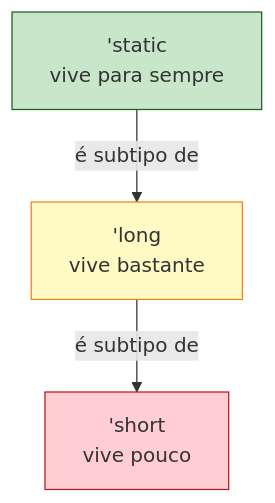
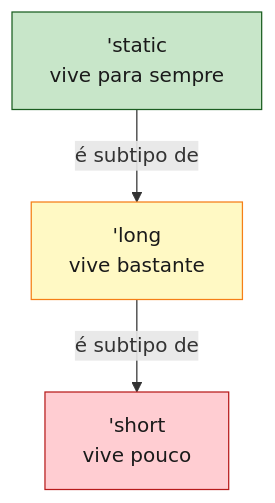
Before and after one commit to Felipeness/ferro-e-espirito: the diagram in book/part-09-lifetimes-deep/ch26-lifetimes-avancados.md, drawn with Mermaid. The commit also changed 56 other files, not shown here.

First line of the commit message:
fix: contraste de texto em diagramas mermaid

````diff
--- a/book/part-09-lifetimes-deep/ch26-lifetimes-avancados.md
+++ b/book/part-09-lifetimes-deep/ch26-lifetimes-avancados.md
@@ -46,13 +46,13 @@
 ```mermaid
 graph TB
     Static["'static<br/>vive para sempre"]
     Long["'long<br/>vive bastante"]
     Short["'short<br/>vive pouco"]
 
     Static -->|é subtipo de| Long
     Long -->|é subtipo de| Short
 
-    style Static fill:#c8e6c9,stroke:#1b5e20
-    style Long fill:#fff9c4,stroke:#f57f17
-    style Short fill:#ffcdd2,stroke:#b71c1c
+    style Static fill:#c8e6c9,stroke:#1b5e20,color:#1a1a1a
+    style Long fill:#fff9c4,stroke:#f57f17,color:#1a1a1a
+    style Short fill:#ffcdd2,stroke:#b71c1c,color:#1a1a1a
 ```
````
